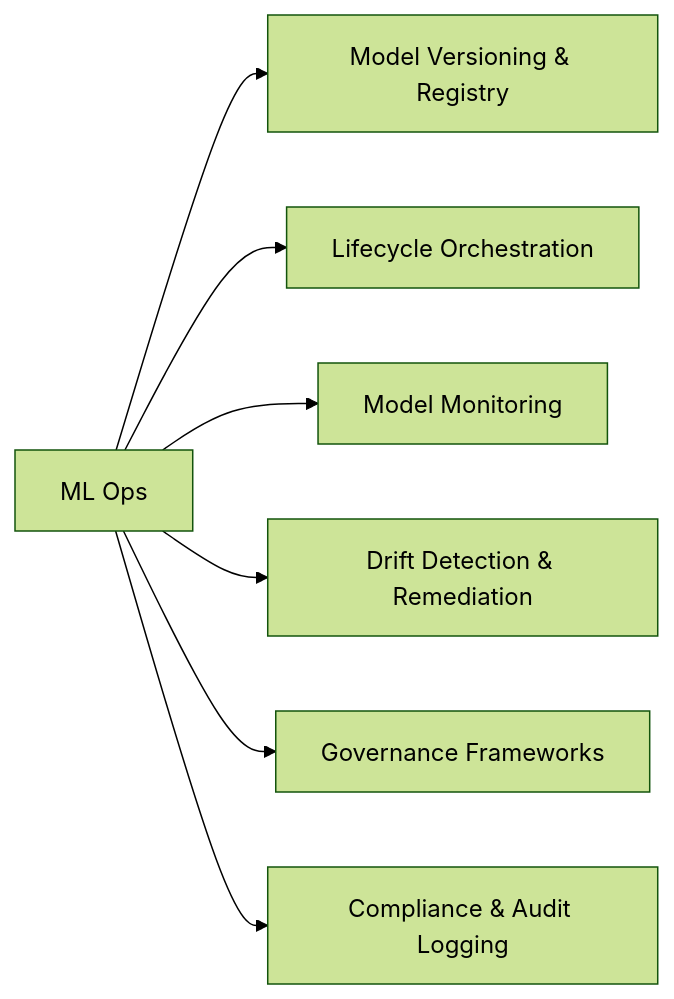
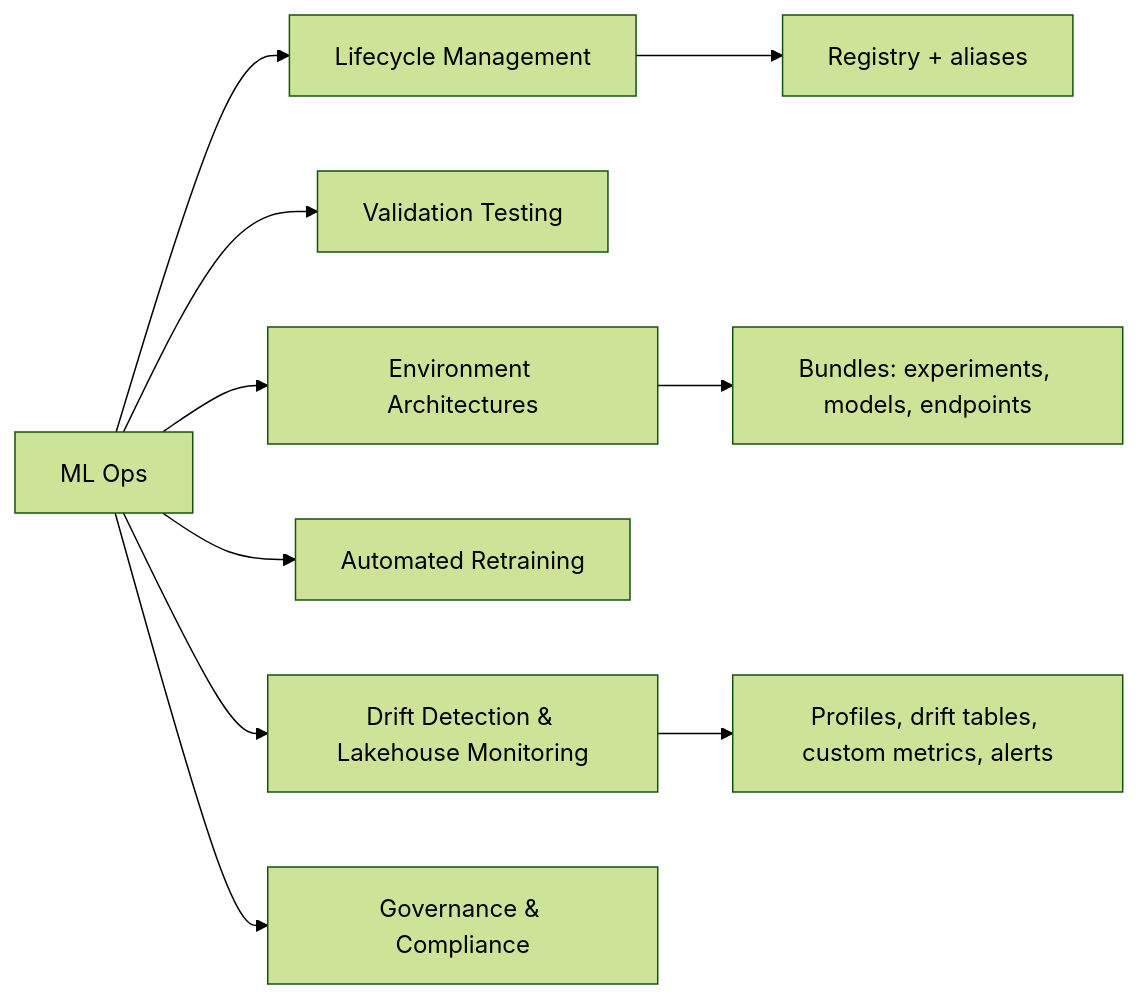
One commit to kengio/databricks-certification-study-guide changed the diagram in certifications/ml-professional/02-ml-ops/README.md. Above: the diagram before and after it, drawn with Mermaid (forest theme). The commit also changed other lines of this file and 36 other files, not shown here.

````diff
--- a/certifications/ml-professional/02-ml-ops/README.md
+++ b/certifications/ml-professional/02-ml-ops/README.md
@@ -19,9 +20,12 @@
 ```mermaid
 flowchart LR
-    MO[ML Ops] --> Reg[Model Versioning & Registry]
-    MO --> Orch[Lifecycle Orchestration]
-    MO --> Mon[Model Monitoring]
-    MO --> Drift[Drift Detection & Remediation]
-    MO --> Gov[Governance Frameworks]
-    MO --> Comp[Compliance & Audit Logging]
+    MO[ML Ops] --> LCM[Lifecycle Management]
+    MO --> VT[Validation Testing]
+    MO --> ENV[Environment Architectures]
+    MO --> RT[Automated Retraining]
+    MO --> MON[Drift Detection & Lakehouse Monitoring]
+    MO --> GOV[Governance & Compliance]
+    LCM --> Reg[Registry + aliases]
+    ENV --> DAB[Bundles: experiments, models, endpoints]
+    MON --> Prof[Profiles, drift tables, custom metrics, alerts]
 ```
````
